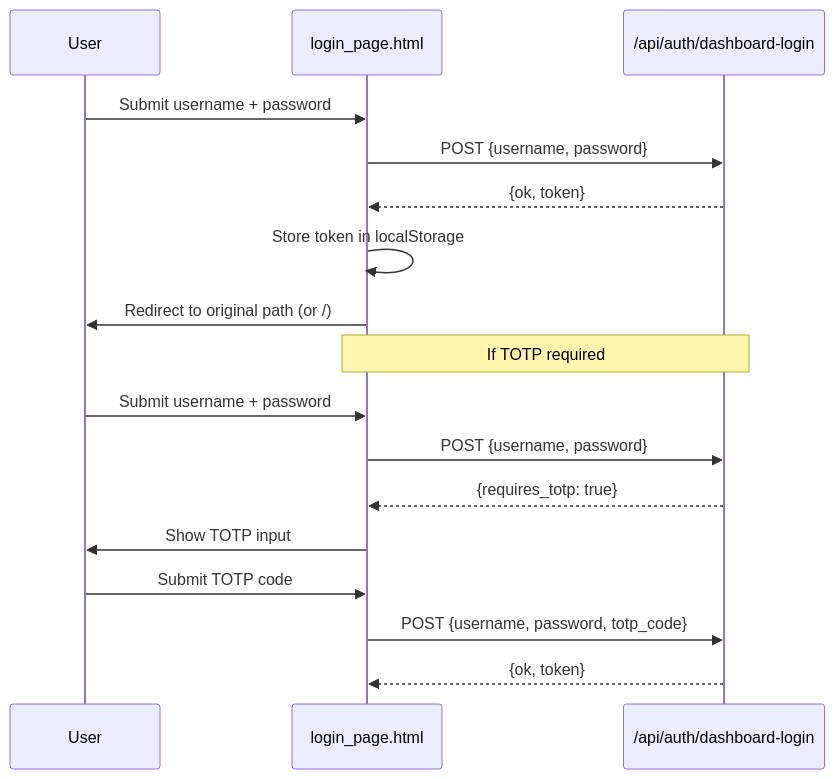
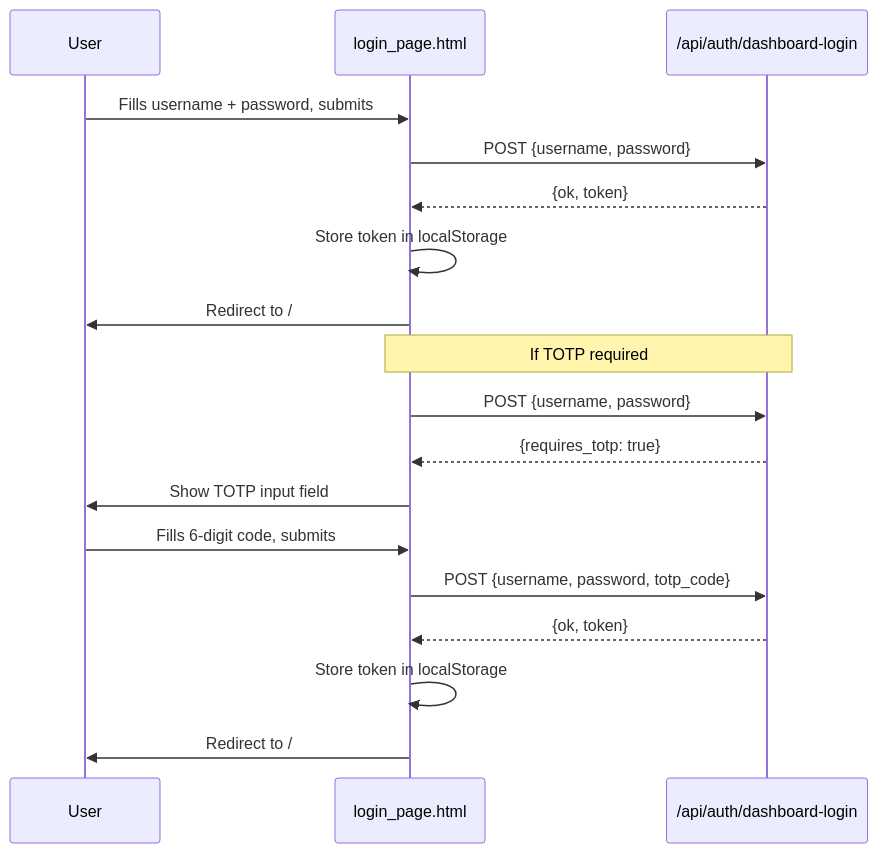
The diagram in other-librefang-api-src.md (leszek3737/librefang-WIki), drawn with Mermaid before and after one commit. The commit also changed other lines of this file and 122 other files, not shown here.

````diff
--- a/other-librefang-api-src.md
+++ b/other-librefang-api-src.md
@@ -17,21 +15,22 @@
 ```mermaid
 sequenceDiagram
     participant U as User
     participant LP as login_page.html
     participant API as /api/auth/dashboard-login
 
-    U->>LP: Submit username + password
+    U->>LP: Fills username + password, submits
     LP->>API: POST {username, password}
     API-->>LP: {ok, token}
     LP->>LP: Store token in localStorage
-    LP->>U: Redirect to original path (or /)
+    LP->>U: Redirect to /
 
     Note over LP,API: If TOTP required
-    U->>LP: Submit username + password
     LP->>API: POST {username, password}
     API-->>LP: {requires_totp: true}
-    LP->>U: Show TOTP input
-    U->>LP: Submit TOTP code
+    LP->>U: Show TOTP input field
+    U->>LP: Fills 6-digit code, submits
     LP->>API: POST {username, password, totp_code}
     API-->>LP: {ok, token}
+    LP->>LP: Store token in localStorage
+    LP->>U: Redirect to /
 ```
````
